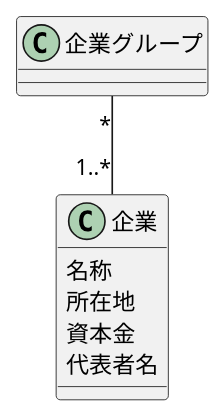
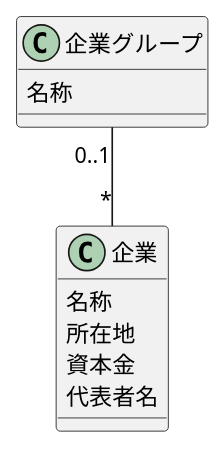
Before and after one commit to yinm/uml-modeling-lesson: the diagram in ch05/excercise/5-2.puml, drawn with PlantUML. The commit also changed 1 other file, not shown here.

```diff
--- a/ch05/excercise/5-2.puml
+++ b/ch05/excercise/5-2.puml
@@ -1,15 +1,16 @@
 @startuml
 
 class 企業グループ {
+  名称
 }
 
 class 企業 {
   名称
   所在地
   資本金
   代表者名
 }
 
-企業グループ "*"--"1..*" 企業
+企業グループ "0..1"--"*" 企業
 
 @enduml
```
